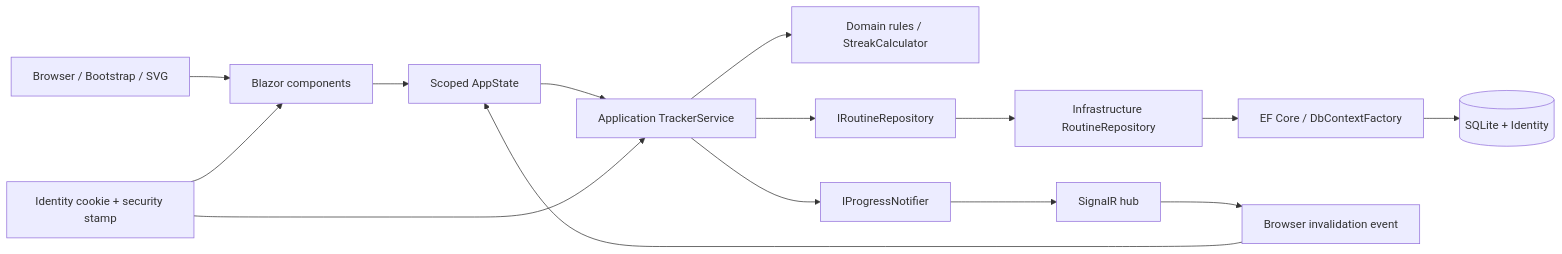
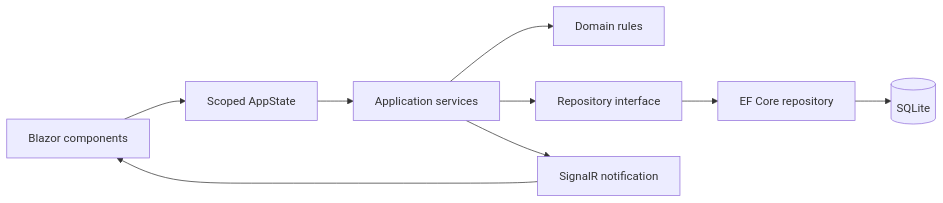
One commit to NURIK1GG/habit_flow changed the first of 2 diagrams in README.md. Above: the diagram before and after it, drawn with Mermaid. The commit also changed other lines of this file, not shown here.

````diff
--- a/README.md
+++ b/README.md
@@ -70,17 +107,11 @@
 ```mermaid
 flowchart LR
-    Browser[Browser / Bootstrap / SVG] --> Razor[Blazor components]
-    Razor --> State[Scoped AppState]
-    State --> Service[Application TrackerService]
-    Service --> Domain[Domain rules / StreakCalculator]
-    Service --> Port[IRoutineRepository]
-    Port --> Repo[Infrastructure RoutineRepository]
-    Repo --> EF[EF Core / DbContextFactory]
-    EF --> DB[(SQLite + Identity)]
-    Service --> Notify[IProgressNotifier]
-    Notify --> Hub[SignalR hub]
-    Hub --> JS[Browser invalidation event]
-    JS --> State
-    Identity[Identity cookie + security stamp] --> Razor
-    Identity --> Service
+    UI[Blazor components] --> State[Scoped AppState]
+    State --> App[Application services]
+    App --> Rules[Domain rules]
+    App --> Repo[Repository interface]
+    Repo --> EF[EF Core repository]
+    EF --> DB[(SQLite)]
+    App --> Hub[SignalR notification]
+    Hub --> UI
 ```
````
